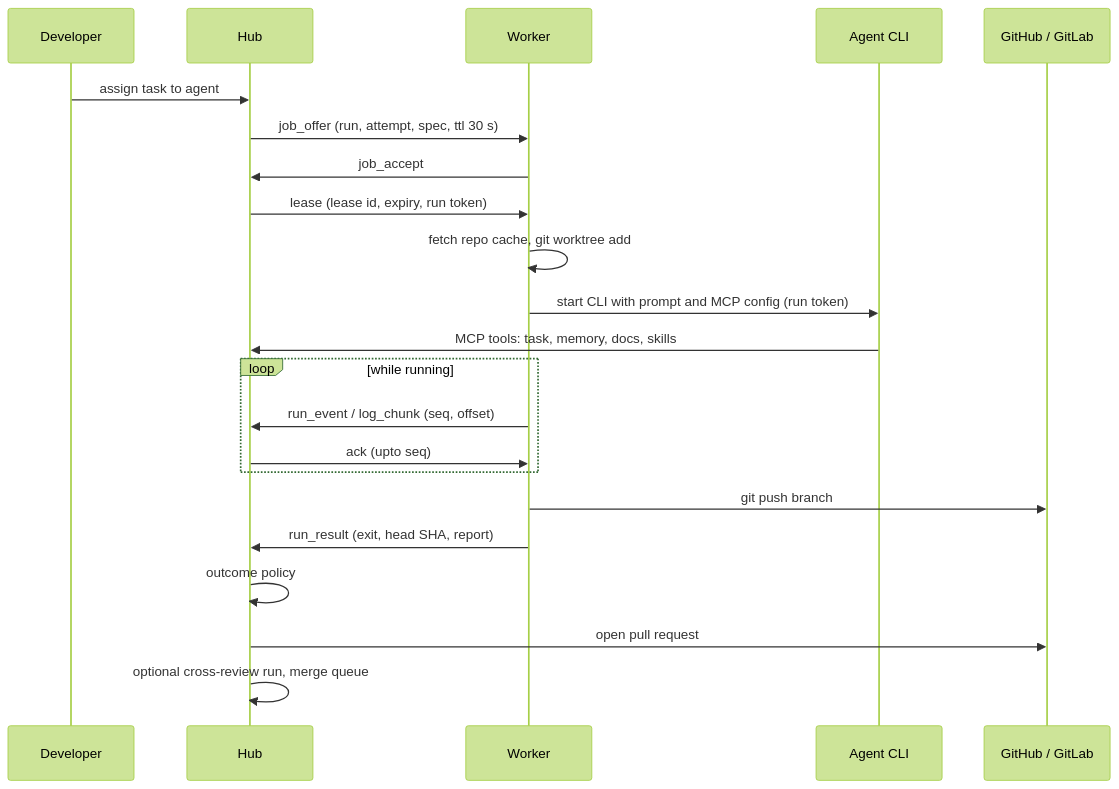
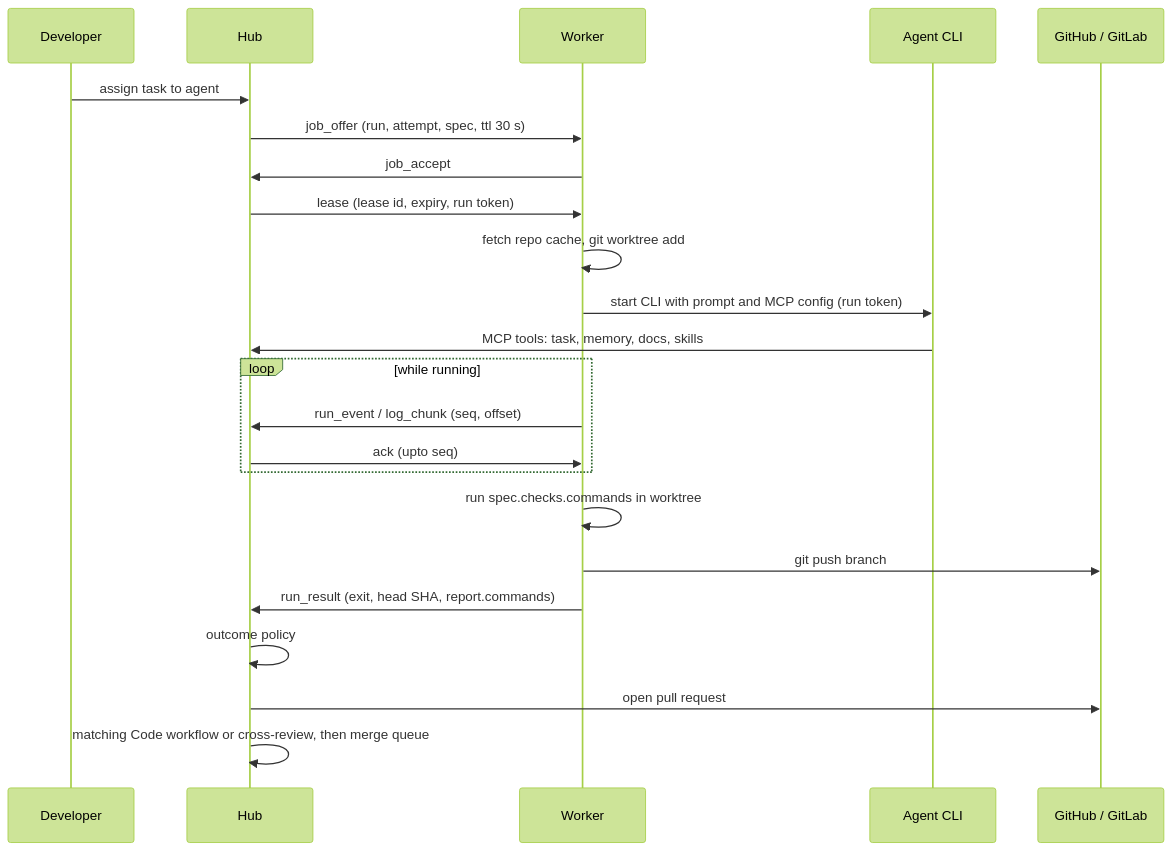
One commit to tdduydev/xdev-hive changed the second of 4 diagrams in docs/add.md. Above: the diagram before and after it, drawn with Mermaid (forest theme). The commit also changed other lines of this file and 5 other files, not shown here.

Commit message:
docs(hub): finalize code review architecture after integration

````diff
--- a/docs/add.md
+++ b/docs/add.md
@@ -168,24 +168,25 @@
 ```mermaid
 sequenceDiagram
   participant U as Developer
   participant H as Hub
   participant W as Worker
   participant C as Agent CLI
   participant G as GitHub / GitLab
   U->>H: assign task to agent
   H->>W: job_offer (run, attempt, spec, ttl 30 s)
   W->>H: job_accept
   H->>W: lease (lease id, expiry, run token)
   W->>W: fetch repo cache, git worktree add
   W->>C: start CLI with prompt and MCP config (run token)
   C->>H: MCP tools: task, memory, docs, skills
   loop while running
     W->>H: run_event / log_chunk (seq, offset)
     H->>W: ack (upto seq)
   end
+  W->>W: run spec.checks.commands in worktree
   W->>G: git push branch
-  W->>H: run_result (exit, head SHA, report)
+  W->>H: run_result (exit, head SHA, report.commands)
   H->>H: outcome policy
   H->>G: open pull request
-  H->>H: optional cross-review run, merge queue
+  H->>H: matching Code workflow or cross-review, then merge queue
 ```
````
